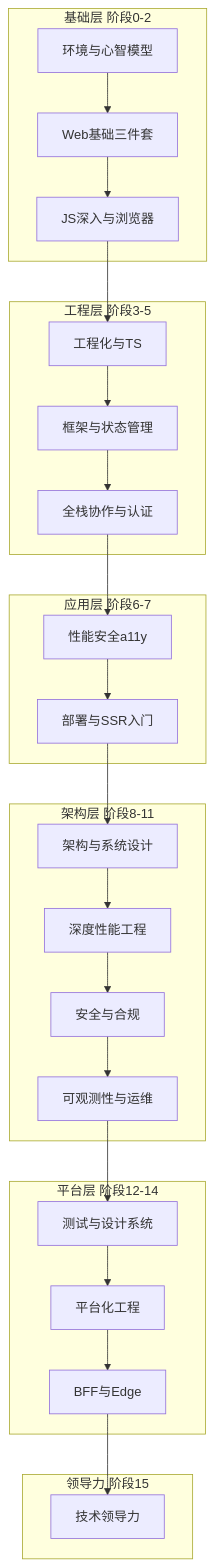
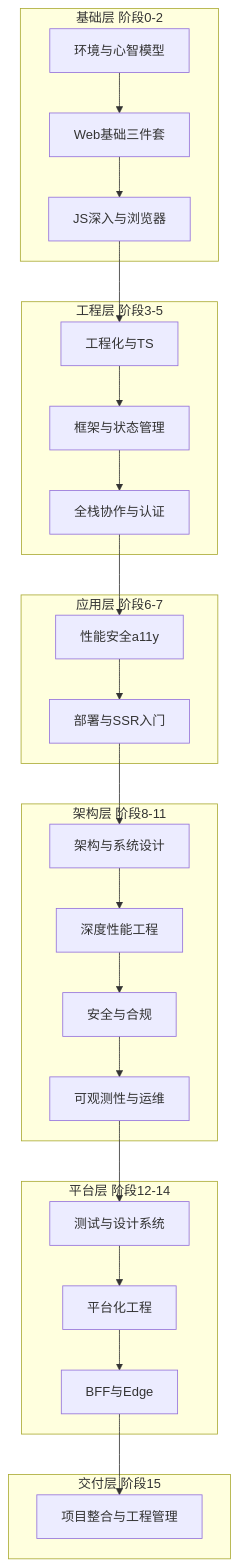
One commit to a454892215/WebDev-Compass changed the diagram in KNOWLEDGE_MAP.md. Above: the diagram before and after it, drawn with Mermaid. The commit also changed other lines of this file and 23 other files, not shown here.

Commit message:
知识地图总文件 拆分

````diff
--- a/KNOWLEDGE_MAP.md
+++ b/KNOWLEDGE_MAP.md
@@ -40,30 +45,30 @@
 ```mermaid
 flowchart TB
     subgraph base [基础层 阶段0-2]
         S0[环境与心智模型] --> S1[Web基础三件套]
         S1 --> S2[JS深入与浏览器]
     end
     subgraph eng [工程层 阶段3-5]
         S2 --> S3[工程化与TS]
         S3 --> S4[框架与状态管理]
         S4 --> S5[全栈协作与认证]
     end
     subgraph app [应用层 阶段6-7]
         S5 --> S6[性能安全a11y]
         S6 --> S7[部署与SSR入门]
     end
     subgraph arch [架构层 阶段8-11]
         S7 --> S8[架构与系统设计]
         S8 --> S9[深度性能工程]
         S9 --> S10[安全与合规]
         S10 --> S11[可观测性与运维]
     end
     subgraph plat [平台层 阶段12-14]
         S11 --> S12[测试与设计系统]
         S12 --> S13[平台化工程]
         S13 --> S14[BFF与Edge]
     end
-    subgraph lead [领导力 阶段15]
-        S14 --> S15[技术领导力]
+    subgraph delivery [交付层 阶段15]
+        S14 --> S15[项目整合与工程管理]
     end
 ```
````
